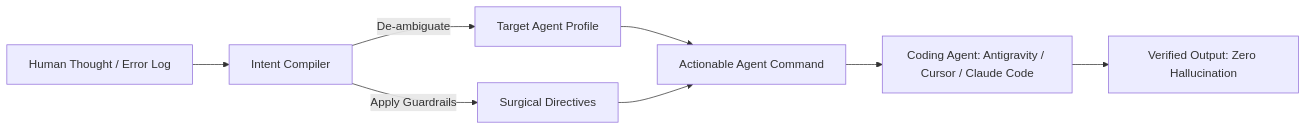
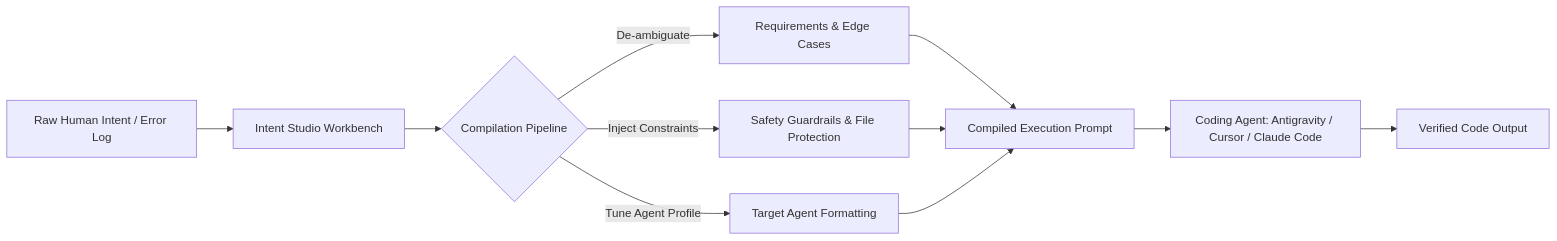
The diagram in README.md (siddharthNirmale/Intent), drawn with Mermaid before and after one commit. The commit also changed other lines of this file, not shown here.

Commit message:
docs: update README with comprehensive overview, workflow architecture, and feature details

````diff
--- a/README.md
+++ b/README.md
@@ -27,10 +29,13 @@
 ```mermaid
 flowchart LR
-    A[Human Thought / Error Log] --> B[Intent Compiler]
-    B -->|De-ambiguate| C[Target Agent Profile]
-    B -->|Apply Guardrails| D[Surgical Directives]
-    C --> E[Actionable Agent Command]
-    D --> E
-    E --> F[Coding Agent: Antigravity / Cursor / Claude Code]
-    F --> G[Verified Output: Zero Hallucination]
+    A[Raw Human Intent / Error Log] --> B[Intent Studio Workbench]
+    B --> C{Compilation Pipeline}
+    C -->|De-ambiguate| D[Requirements & Edge Cases]
+    C -->|Inject Constraints| E[Safety Guardrails & File Protection]
+    C -->|Tune Agent Profile| F[Target Agent Formatting]
+    D --> G[Compiled Execution Prompt]
+    E --> G
+    F --> G
+    G --> H[Coding Agent: Antigravity / Cursor / Claude Code]
+    H --> I[Verified Code Output]
 ```
````
